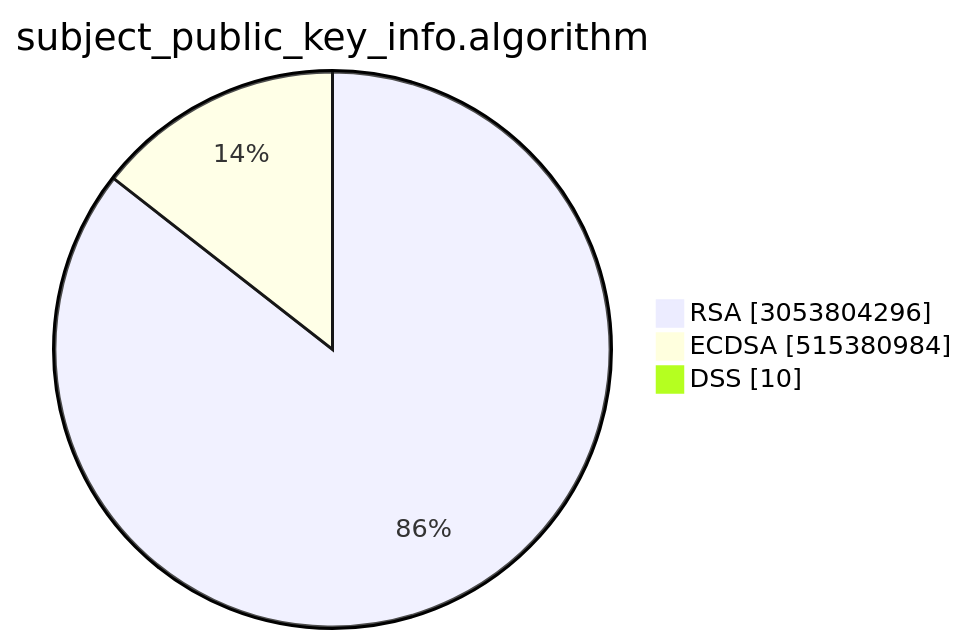
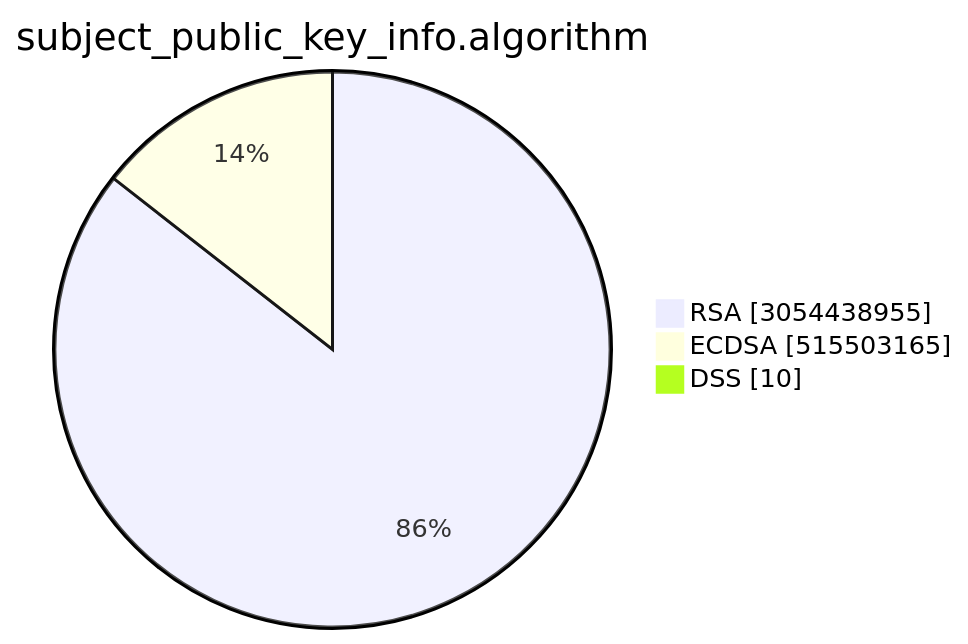
Before and after one commit to christiankrug/ctmonitor_visualization: the second of 15 diagrams in TOTAL/README.md, drawn with Mermaid. The commit also changed other lines of this file, not shown here.

````diff
--- a/TOTAL/README.md
+++ b/TOTAL/README.md
@@ -6,7 +6,7 @@
 ```mermaid
 pie showData
 title subject_public_key_info.algorithm
-"RSA" :3053804296
-"ECDSA" :515380984
+"RSA" :3054438955
+"ECDSA" :515503165
 "DSS" :10
 ```
````
